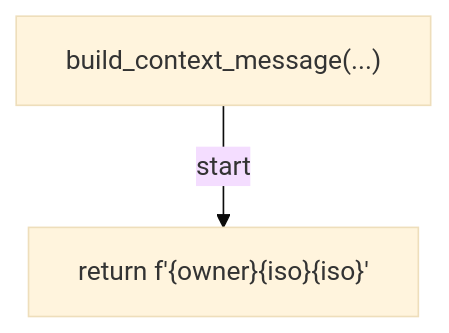
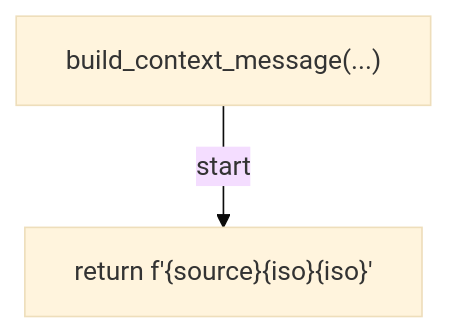
One commit to tvna/claude-md changed the third of 9 diagrams in docs/generated/scripts/ast/plan_language_context.md. Above: the diagram before and after it, drawn with Mermaid (base theme). The commit also changed other lines of this file, not shown here.

First line of the commit message:
docs(generated): regenerate decision tree and workflow diagrams

````diff
--- a/docs/generated/scripts/ast/plan_language_context.md
+++ b/docs/generated/scripts/ast/plan_language_context.md
@@ -81,6 +45,6 @@
 ```mermaid
 flowchart TD
     N001["build_context_message(...)"]
-    N002["return f'<str>{owner}<str>{iso}<str>{iso}<str>'"]
+    N002["return f'<str>{source}<str>{iso}<str>{iso}<str>'"]
     N001 -->|"start"| N002
 ```
````
